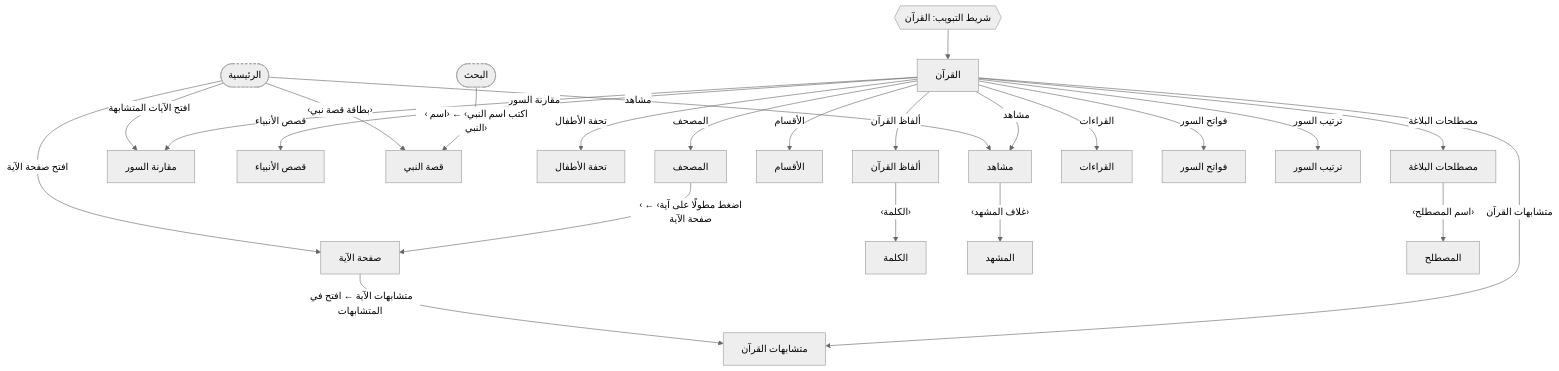
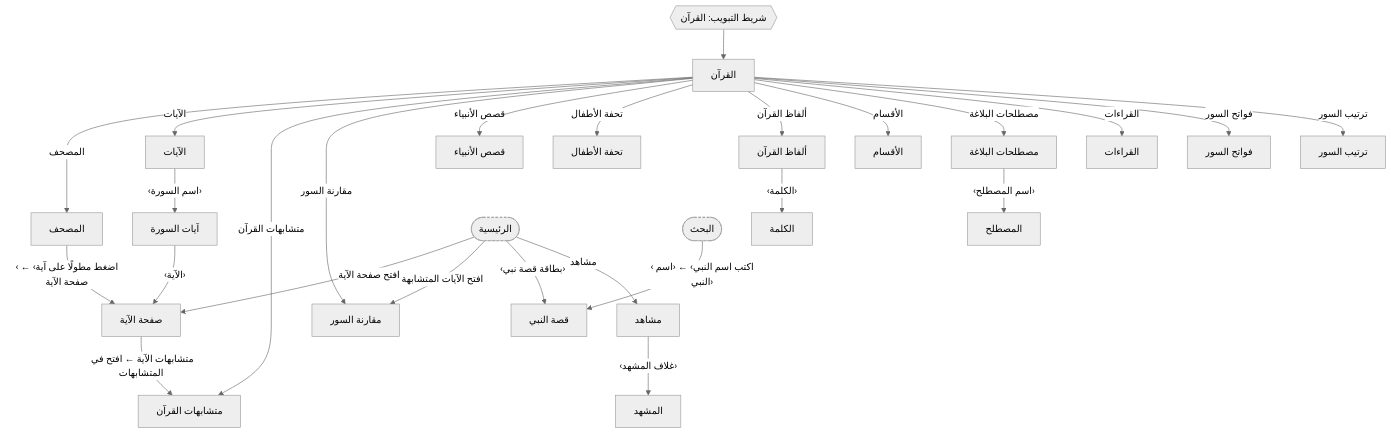
The first of 6 diagrams in docs/feature-map.md (msskzx/namaq), drawn with Mermaid (neutral theme) before and after one commit. The commit also changed other lines of this file and 21 other files, not shown here.

````diff
--- a/docs/feature-map.md
+++ b/docs/feature-map.md
@@ -19,49 +19,53 @@
 ```mermaid
 flowchart TB
   s0["القرآن"]
   s1["المصحف"]
-  s2["صفحة الآية"]
-  s3["متشابهات القرآن"]
-  s4["مقارنة السور"]
-  s5["قصص الأنبياء"]
-  s6["قصة النبي"]
-  s7["تحفة الأطفال"]
-  s8["ألفاظ القرآن"]
-  s9["الكلمة"]
-  s10["الأقسام"]
-  s11["مشاهد"]
-  s12["المشهد"]
-  s13["مصطلحات البلاغة"]
-  s14["المصطلح"]
-  s15["القراءات"]
-  s16["فواتح السور"]
-  s17["ترتيب السور"]
+  s2["الآيات"]
+  s3["آيات السورة"]
+  s4["صفحة الآية"]
+  s5["متشابهات القرآن"]
+  s6["مقارنة السور"]
+  s7["قصص الأنبياء"]
+  s8["قصة النبي"]
+  s9["تحفة الأطفال"]
+  s10["ألفاظ القرآن"]
+  s11["الكلمة"]
+  s12["الأقسام"]
+  s13["مشاهد"]
+  s14["المشهد"]
+  s15["مصطلحات البلاغة"]
+  s16["المصطلح"]
+  s17["القراءات"]
+  s18["فواتح السور"]
+  s19["ترتيب السور"]
   bars0{{"شريط التبويب: القرآن"}} --> s0
   s0 -- "المصحف" --> s1
-  s1 -- "‹اضغط مطولًا على آية› ← صفحة الآية" --> s2
-  s24(["الرئيسية"])
-  class s24 elsewhere
-  s24 -- "افتح صفحة الآية" --> s2
-  s0 -- "متشابهات القرآن" --> s3
-  s2 -- "متشابهات الآية ← افتح في المتشابهات" --> s3
-  s0 -- "مقارنة السور" --> s4
-  s24 -- "افتح الآيات المتشابهة" --> s4
-  s0 -- "قصص الأنبياء" --> s5
-  s25(["البحث"])
-  class s25 elsewhere
-  s25 -- "‹اكتب اسم النبي› ← ‹اسم النبي›" --> s6
-  s24 -- "‹بطاقة قصة نبي›" --> s6
-  s0 -- "تحفة الأطفال" --> s7
-  s0 -- "ألفاظ القرآن" --> s8
-  s8 -- "‹الكلمة›" --> s9
-  s0 -- "الأقسام" --> s10
-  s0 -- "مشاهد" --> s11
-  s24 -- "مشاهد" --> s11
-  s11 -- "‹غلاف المشهد›" --> s12
-  s0 -- "مصطلحات البلاغة" --> s13
-  s13 -- "‹اسم المصطلح›" --> s14
-  s0 -- "القراءات" --> s15
-  s0 -- "فواتح السور" --> s16
-  s0 -- "ترتيب السور" --> s17
+  s0 -- "الآيات" --> s2
+  s2 -- "‹اسم السورة›" --> s3
+  s3 -- "‹الآية›" --> s4
+  s1 -- "‹اضغط مطولًا على آية› ← صفحة الآية" --> s4
+  s26(["الرئيسية"])
+  class s26 elsewhere
+  s26 -- "افتح صفحة الآية" --> s4
+  s0 -- "متشابهات القرآن" --> s5
+  s4 -- "متشابهات الآية ← افتح في المتشابهات" --> s5
+  s0 -- "مقارنة السور" --> s6
+  s26 -- "افتح الآيات المتشابهة" --> s6
+  s0 -- "قصص الأنبياء" --> s7
+  s27(["البحث"])
+  class s27 elsewhere
+  s27 -- "‹اكتب اسم النبي› ← ‹اسم النبي›" --> s8
+  s26 -- "‹بطاقة قصة نبي›" --> s8
+  s0 -- "تحفة الأطفال" --> s9
+  s0 -- "ألفاظ القرآن" --> s10
+  s10 -- "‹الكلمة›" --> s11
+  s0 -- "الأقسام" --> s12
+  s26 -- "مشاهد" --> s13
+  s13 -- "‹غلاف المشهد›" --> s14
+  s0 -- "مصطلحات البلاغة" --> s15
+  s15 -- "‹اسم المصطلح›" --> s16
+  s0 -- "القراءات" --> s17
+  s0 -- "فواتح السور" --> s18
+  s0 -- "ترتيب السور" --> s19
   classDef elsewhere stroke-dasharray: 4 3
 ```
````
